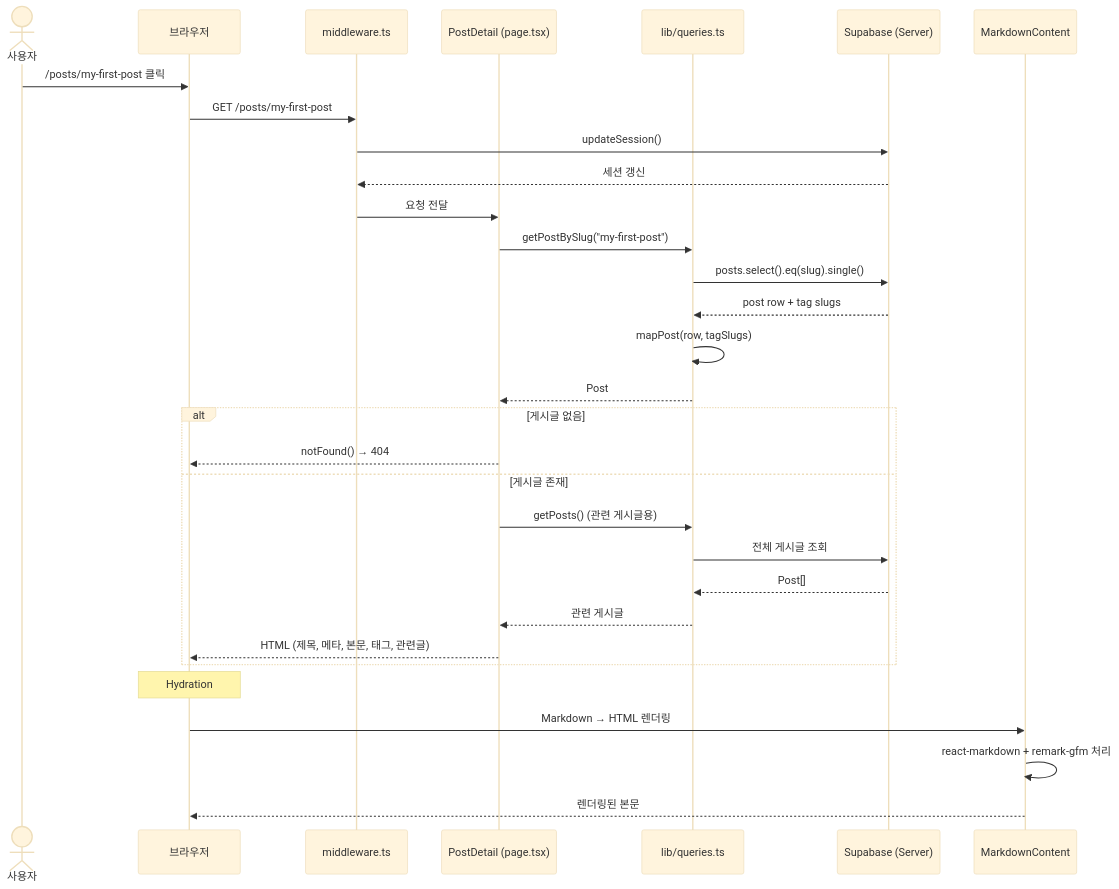
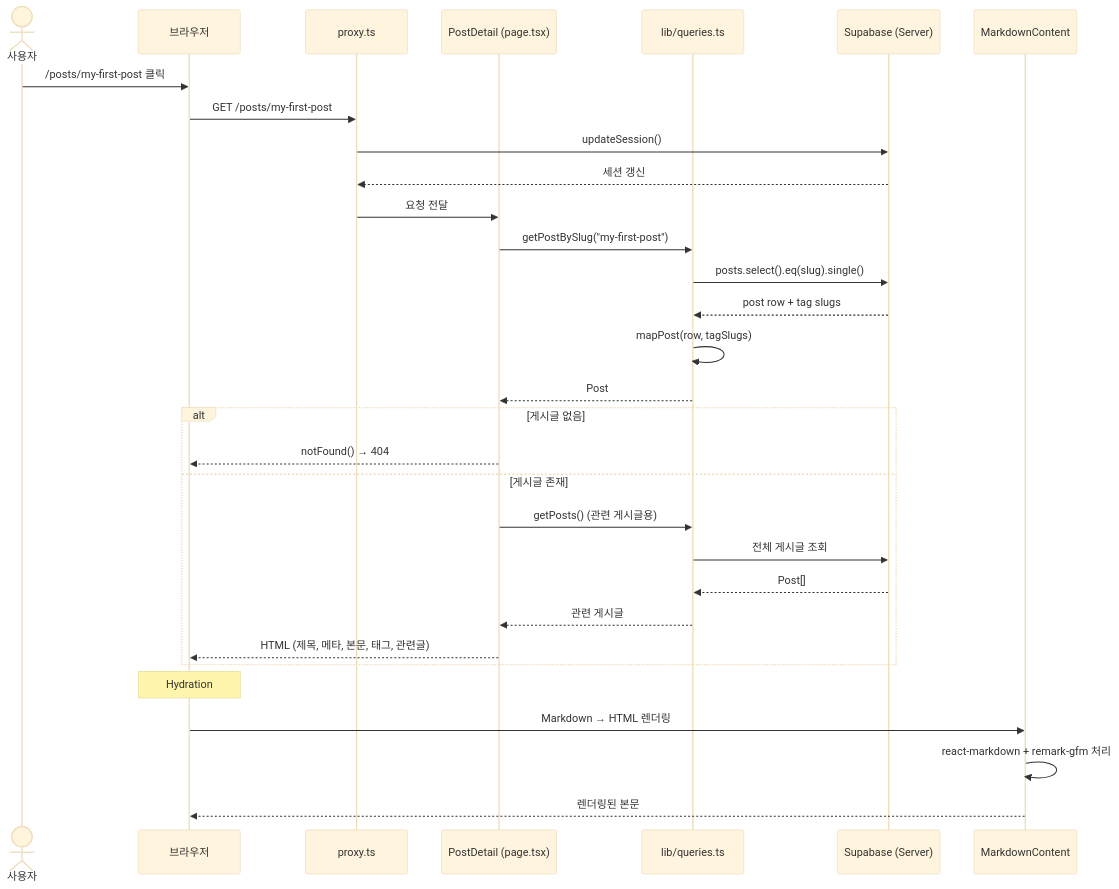
The second of 12 diagrams in docs/02-design/sequence-diagrams.md (nalpari/tech-blog), drawn with Mermaid (base theme) before and after one commit. The commit also changed other lines of this file and 14 other files, not shown here.

First line of the commit message:
docs: proxy 전환·16.3.5 반영 및 아키텍처 다이어그램 추가

````diff
--- a/docs/02-design/sequence-diagrams.md
+++ b/docs/02-design/sequence-diagrams.md
@@ -55,38 +55,38 @@
 ```mermaid
 sequenceDiagram
     actor User as 사용자
     participant Browser as 브라우저
-    participant MW as middleware.ts
+    participant MW as proxy.ts
     participant Page as PostDetail (page.tsx)
     participant Queries as lib/queries.ts
     participant Supabase as Supabase (Server)
     participant MD as MarkdownContent
 
     User->>Browser: /posts/my-first-post 클릭
     Browser->>MW: GET /posts/my-first-post
     MW->>Supabase: updateSession()
     Supabase-->>MW: 세션 갱신
     MW->>Page: 요청 전달
 
     Page->>Queries: getPostBySlug("my-first-post")
     Queries->>Supabase: posts.select().eq(slug).single()
     Supabase-->>Queries: post row + tag slugs
     Queries->>Queries: mapPost(row, tagSlugs)
     Queries-->>Page: Post
 
     alt 게시글 없음
         Page-->>Browser: notFound() → 404
     else 게시글 존재
         Page->>Queries: getPosts() (관련 게시글용)
         Queries->>Supabase: 전체 게시글 조회
         Supabase-->>Queries: Post[]
         Queries-->>Page: 관련 게시글
 
         Page-->>Browser: HTML (제목, 메타, 본문, 태그, 관련글)
     end
 
     Note over Browser: Hydration
     Browser->>MD: Markdown → HTML 렌더링
     MD->>MD: react-markdown + remark-gfm 처리
     MD-->>Browser: 렌더링된 본문
 ```
````
